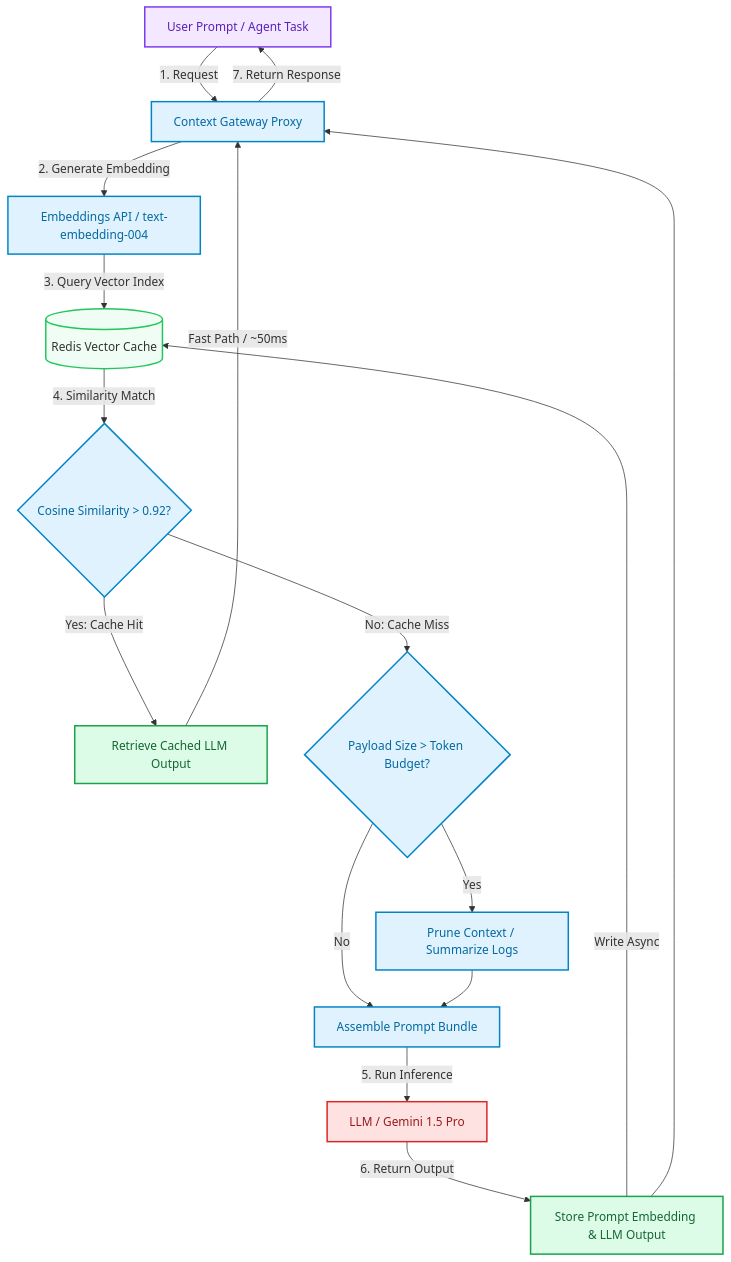
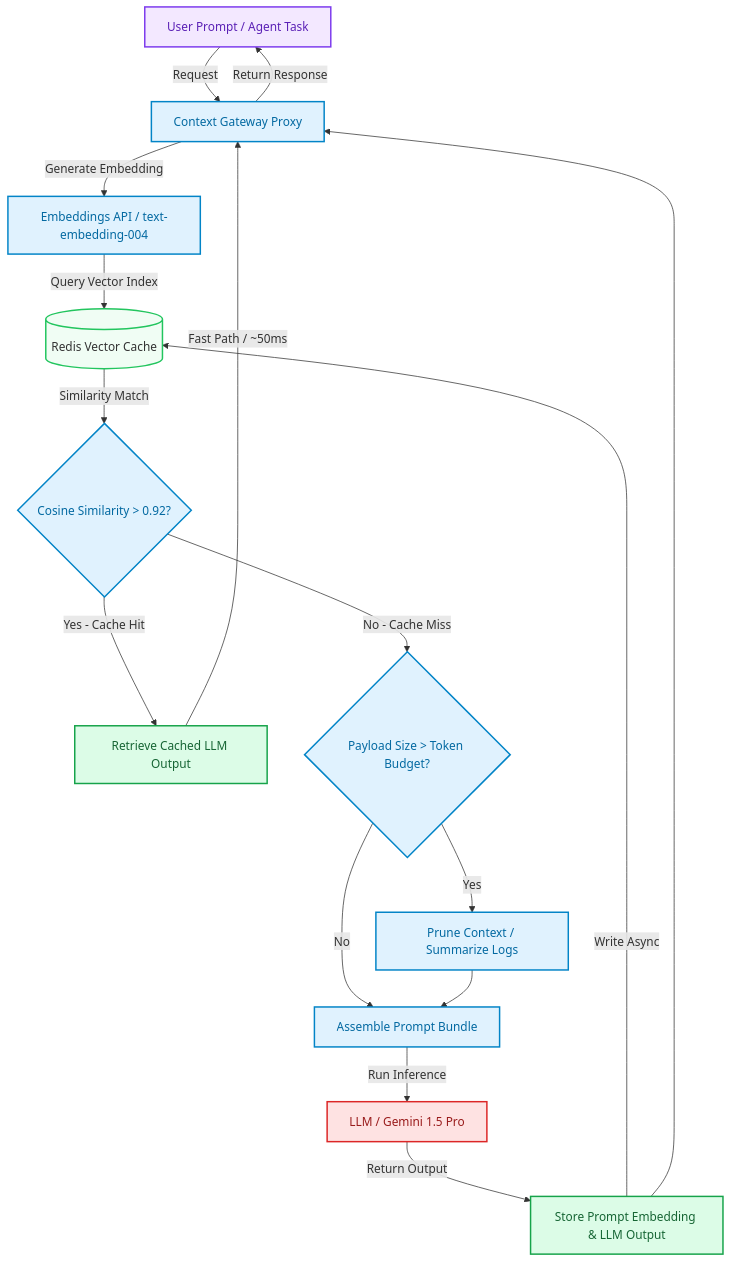
One commit to akmalkhaniub/akmalkhaniub.github.io changed the diagram in blog/posts/context-engineering-prompt-caching.md. Above: the diagram before and after it, drawn with Mermaid. The commit also changed 411 other files, not shown here.

````diff
--- a/blog/posts/context-engineering-prompt-caching.md
+++ b/blog/posts/context-engineering-prompt-caching.md
@@ -22,37 +22,37 @@
 ```mermaid
-graph TD
+flowchart TD
     classDef start fill:#f3e8ff,stroke:#7c3aed,stroke-width:2px,color:#5b21b6;
     classDef cache fill:#e0f2fe,stroke:#0284c7,stroke-width:2px,color:#0369a1;
     classDef llm fill:#fee2e2,stroke:#dc2626,stroke-width:2px,color:#991b1b;
     classDef db fill:#dcfce7,stroke:#16a34a,stroke-width:2px,color:#166534;
 
-    User[User Prompt / Agent Task] -->|1. Request| Gateway[Context Gateway Proxy]
-    Gateway -->|2. Generate Embedding| Embedder[Embeddings API / text-embedding-004]
+    User[User Prompt / Agent Task] -->|Request| Gateway[Context Gateway Proxy]
+    Gateway -->|Generate Embedding| Embedder[Embeddings API / text-embedding-004]
     
-    Embedder -->|3. Query Vector Index| RedisVec[(Redis Vector Cache)]
-    RedisVec -->|4. Similarity Match| MatchCheck{Cosine Similarity > 0.92?}
+    Embedder -->|Query Vector Index| RedisVec[(Redis Vector Cache)]
+    RedisVec -->|Similarity Match| MatchCheck{Cosine Similarity > 0.92?}
     
-    MatchCheck -->|Yes: Cache Hit| ReturnCached[Retrieve Cached LLM Output]
+    MatchCheck -->|Yes - Cache Hit| ReturnCached[Retrieve Cached LLM Output]
     ReturnCached -->|Fast Path / ~50ms| Gateway
     
-    MatchCheck -->|No: Cache Miss| TokenCheck{Payload Size > Token Budget?}
+    MatchCheck -->|No - Cache Miss| TokenCheck{Payload Size > Token Budget?}
     
     TokenCheck -->|Yes| ContextPruner[Prune Context / Summarize Logs]
     TokenCheck -->|No| PromptAssembler[Assemble Prompt Bundle]
     
     ContextPruner --> PromptAssembler
-    PromptAssembler -->|5. Run Inference| LLM[LLM / Gemini 1.5 Pro]
+    PromptAssembler -->|Run Inference| LLM[LLM / Gemini 1.5 Pro]
     
-    LLM -->|6. Return Output| SaveCache[Store Prompt Embedding & LLM Output]
+    LLM -->|Return Output| SaveCache[Store Prompt Embedding & LLM Output]
     SaveCache -->|Write Async| RedisVec
     SaveCache --> Gateway
     
-    Gateway -->|7. Return Response| User
+    Gateway -->|Return Response| User
 
     class User start;
     class Gateway,Embedder,MatchCheck,TokenCheck,ContextPruner,PromptAssembler cache;
     class ReturnCached,SaveCache db;
     class LLM llm;
     
     style RedisVec fill:#f0fdf4,stroke:#22c55e,stroke-width:2px;
 ```
````
